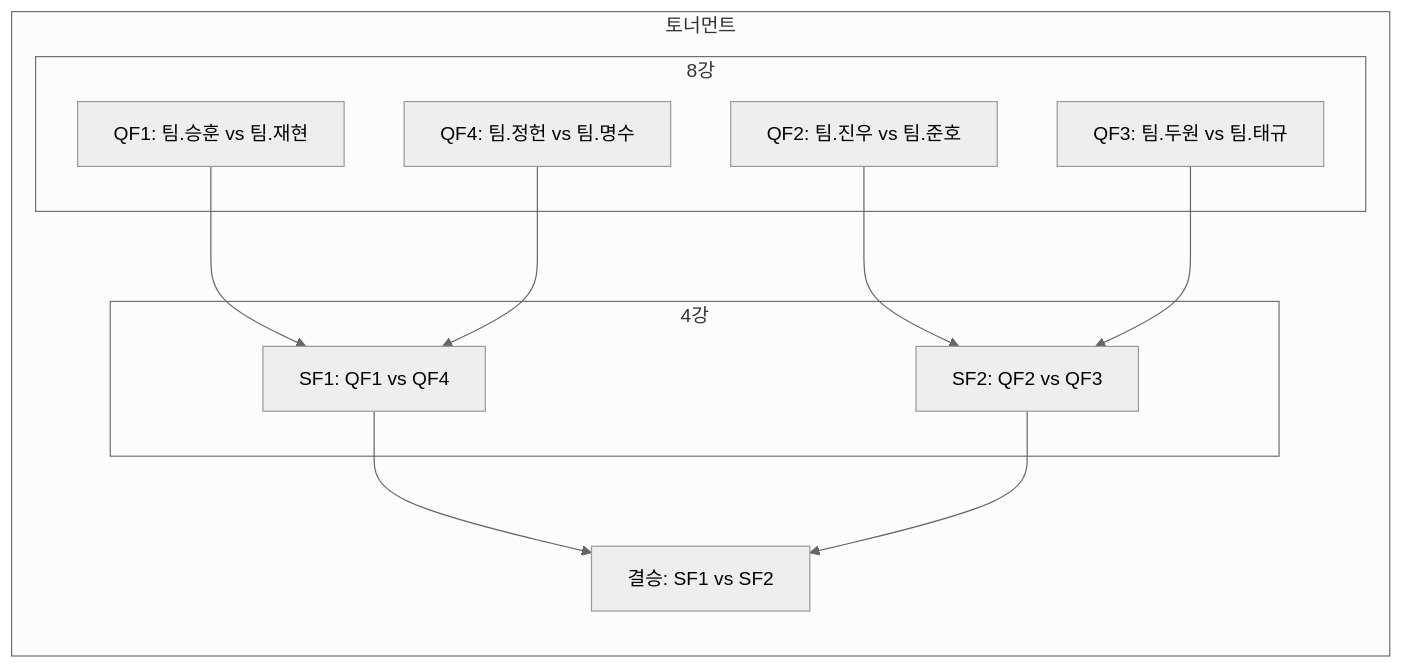
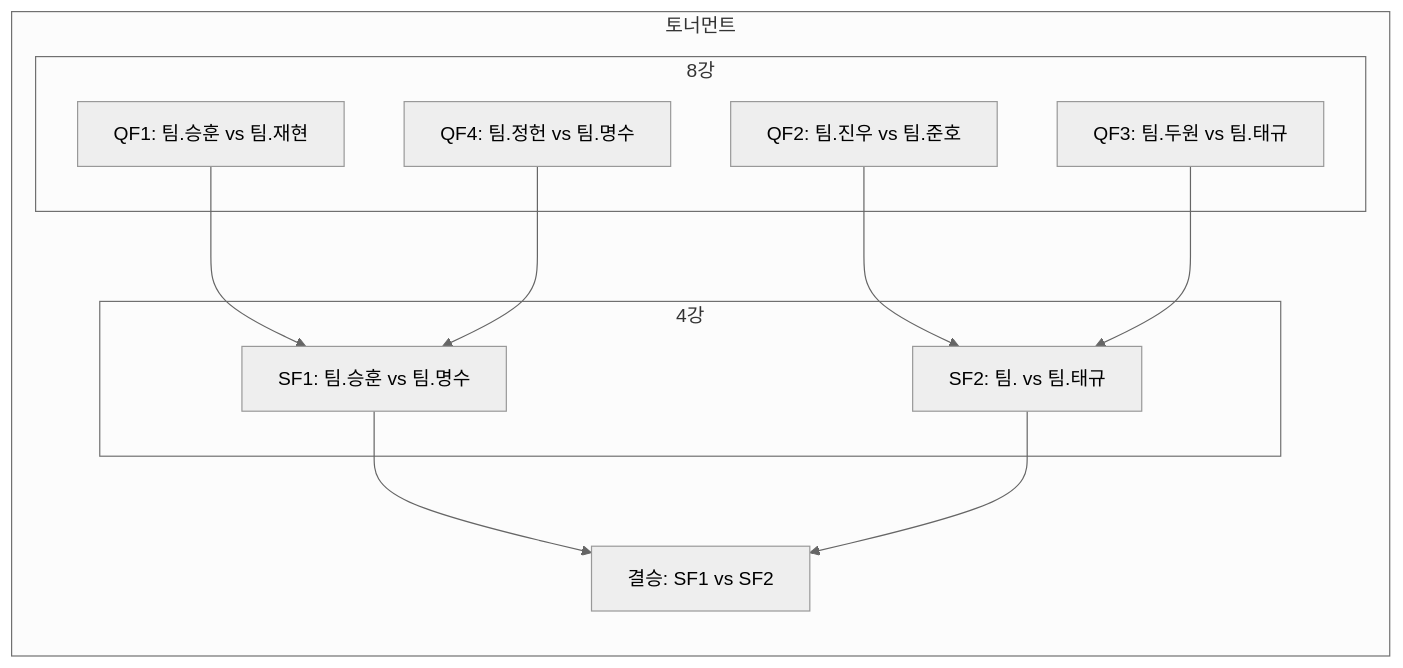
Before and after one commit to winteruss/3-8-Brawlstars-Tournament: the third of 3 diagrams in 브롤대회.md, drawn with Mermaid (neutral theme).

````diff
--- a/브롤대회.md
+++ b/브롤대회.md
@@ -100,25 +100,25 @@
 ```mermaid
 flowchart TB
 %% 토너먼트
   subgraph KO["토너먼트"]
     direction TB
     subgraph QF["8강"]
       QF1["QF1: 팀.승훈 vs 팀.재현"]
       QF2["QF2: 팀.진우 vs 팀.준호"]
       QF3["QF3: 팀.두원 vs 팀.태규"]
       QF4["QF4: 팀.정헌 vs 팀.명수"]
     end
     subgraph SF["4강"]
-      SF1["SF1: QF1 vs QF4"]
-      SF2["SF2: QF2 vs QF3"]
+      SF1["SF1: 팀.승훈 vs 팀.명수"]
+      SF2["SF2: 팀. vs 팀.태규"]
     end
     Final["결승: SF1 vs SF2"]
   end
   %% 화살표 연결
   QF1 --> SF1
   QF4 --> SF1
   QF2 --> SF2
   QF3 --> SF2
   SF1 --> Final
   SF2 --> Final
 ```
````
